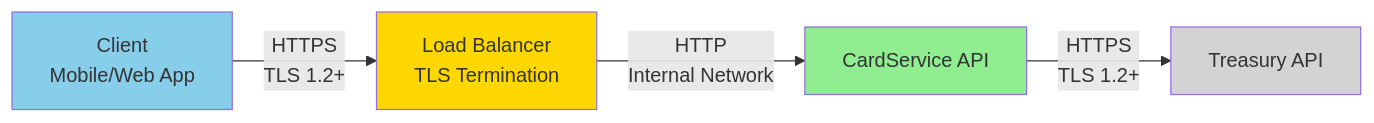
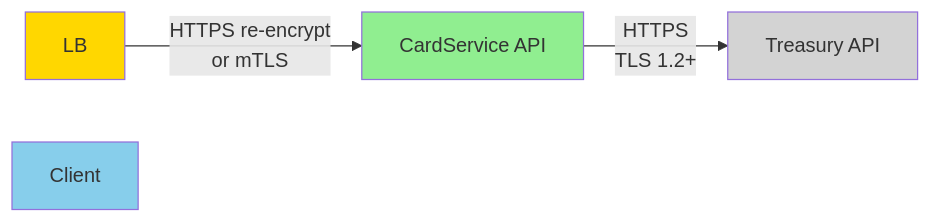
Before and after one commit to timshel-debug/card-ledger: the third of 3 diagrams in docs/diagrams/13-security-boundaries.md, drawn with Mermaid. The commit also changed other lines of this file and 3 other files, not shown here.

````diff
--- a/docs/diagrams/13-security-boundaries.md
+++ b/docs/diagrams/13-security-boundaries.md
@@ -218,11 +220,10 @@
 ```mermaid
 flowchart LR
-    Client[Client<br/>Mobile/Web App] -->|HTTPS<br/>TLS 1.2+| LB[Load Balancer<br/>TLS Termination]
-    LB -->|HTTP<br/>Internal Network| API[CardService API]
+    LB -->|HTTPS re-encrypt<br/>or mTLS| API[CardService API]
     API -->|HTTPS<br/>TLS 1.2+| Treasury[Treasury API]
     
     style Client fill:#87CEEB
     style LB fill:#FFD700
     style API fill:#90EE90
     style Treasury fill:#D3D3D3
 ```
````
